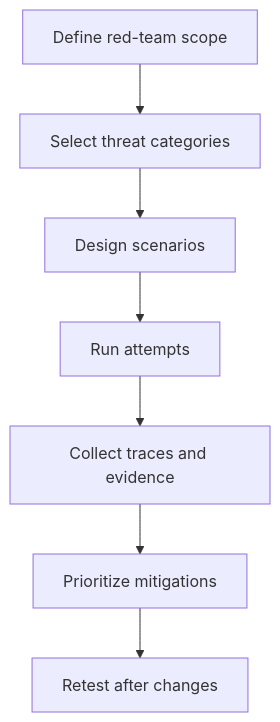
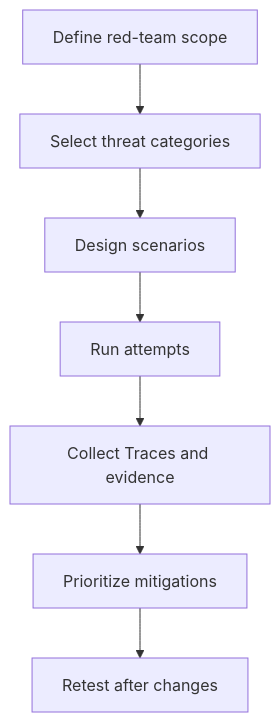
One commit to naren-allam/agents-beginners changed diagram 12 of 14 in book/chapters/chapter-04-ensuring-safe-and-responsible-agentic-ai.md. Above: the diagram before and after it, drawn with Mermaid. The commit also changed other lines of this file and 28 other files, not shown here.

````diff
--- a/book/chapters/chapter-04-ensuring-safe-and-responsible-agentic-ai.md
+++ b/book/chapters/chapter-04-ensuring-safe-and-responsible-agentic-ai.md
@@ -374,17 +375,17 @@
 ```mermaid
 flowchart TD
     Scope["Define red-team scope"]
     Threats["Select threat categories"]
     Scenarios["Design scenarios"]
     Execute["Run attempts"]
-    Evidence["Collect traces and evidence"]
+    Evidence["Collect Traces and evidence"]
     Fix["Prioritize mitigations"]
     Retest["Retest after changes"]
 
     Scope --> Threats
     Threats --> Scenarios
     Scenarios --> Execute
     Execute --> Evidence
     Evidence --> Fix
     Fix --> Retest
 ```
````
